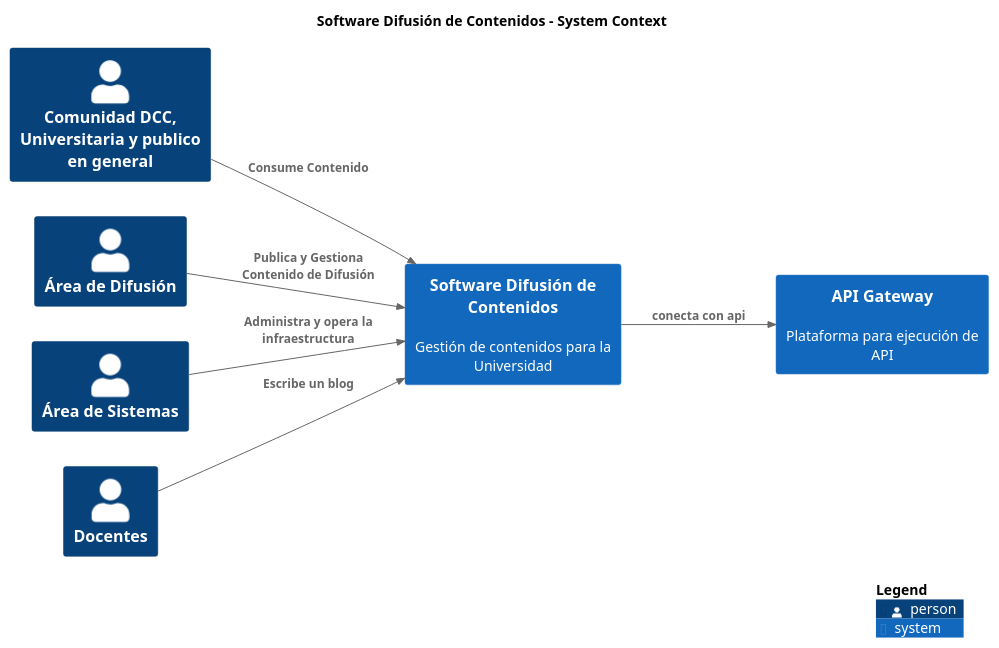
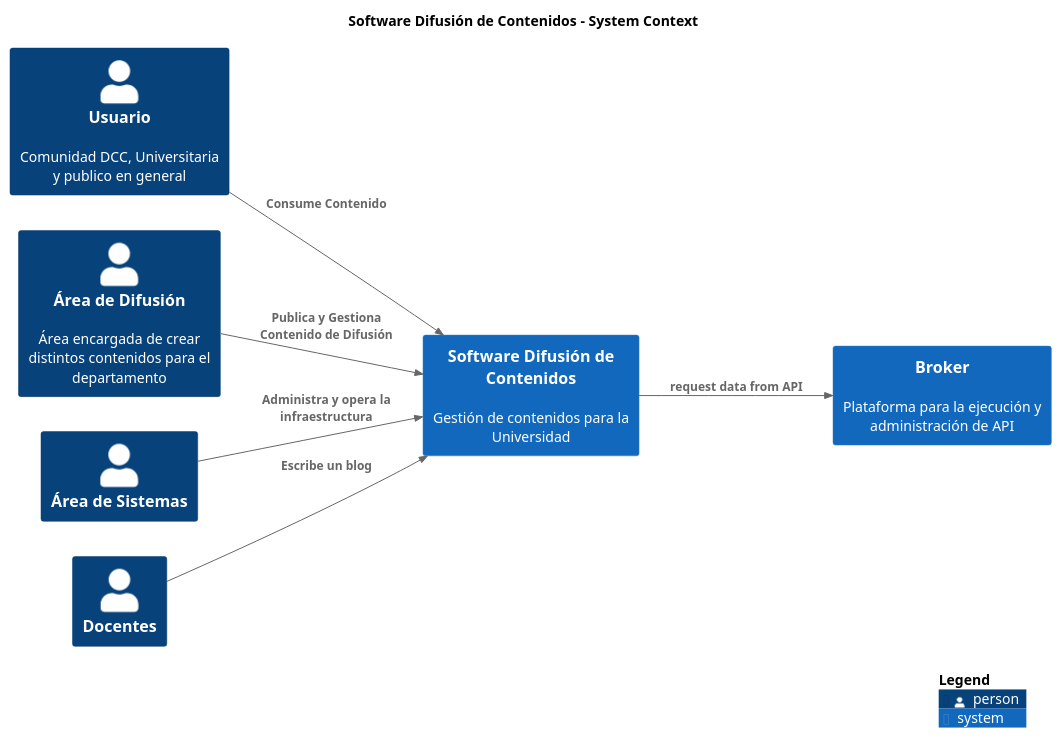
Before and after one commit to nbrx/c4-dcc-arq: the diagram in build/serve/puml/SystemContext-001-SystemContext-001.puml, drawn with PlantUML. The commit also changed 349 other files, not shown here.

```diff
--- a/build/serve/puml/SystemContext-001-SystemContext-001.puml
+++ b/build/serve/puml/SystemContext-001-SystemContext-001.puml
@@ -1,26 +1,26 @@
 @startuml
 set separator none
 title Software Difusión de Contenidos - System Context
 
 left to right direction
 
 !include <C4/C4>
 !include <C4/C4_Context>
 
 skinparam svgDimensionStyle false
 skinparam preserveAspectRatio meet
-Person(ComunidadDCCUniversitariaypublicoengeneral, "Comunidad DCC, Universitaria y publico en general", "", $tags="")
-Person(ÁreadeDifusión, "Área de Difusión", "", $tags="")
+Person(Usuario, "Usuario", "Comunidad DCC, Universitaria y publico en general", $tags="")
+Person(ÁreadeDifusión, "Área de Difusión", "Área encargada de crear distintos contenidos para el departamento", $tags="")
 Person(ÁreadeSistemas, "Área de Sistemas", "", $tags="")
 Person(Docentes, "Docentes", "", $tags="")
-System(APIGateway, "API Gateway", "Plataforma para ejecución de API", $tags="")[[../../api-gateway/context/]]
+System(Broker, "Broker", "Plataforma para la ejecución y administración de API", $tags="")[[../../broker/context/]]
 System(SoftwareDifusióndeContenidos, "Software Difusión de Contenidos", "Gestión de contenidos para la Universidad", $tags="")[[../container/]]
 
-Rel_D(ComunidadDCCUniversitariaypublicoengeneral, SoftwareDifusióndeContenidos, "Consume Contenido", $tags="")
+Rel_D(Usuario, SoftwareDifusióndeContenidos, "Consume Contenido", $tags="")
 Rel_D(Docentes, SoftwareDifusióndeContenidos, "Escribe un blog", $tags="")
 Rel_D(ÁreadeDifusión, SoftwareDifusióndeContenidos, "Publica y Gestiona Contenido de Difusión", $tags="")
 Rel_D(ÁreadeSistemas, SoftwareDifusióndeContenidos, "Administra y opera la infraestructura", $tags="")
-Rel_D(SoftwareDifusióndeContenidos, APIGateway, "conecta con api", $tags="")
+Rel_D(SoftwareDifusióndeContenidos, Broker, "request data from API", $tags="")
 
 SHOW_LEGEND(true)
 @enduml
```
